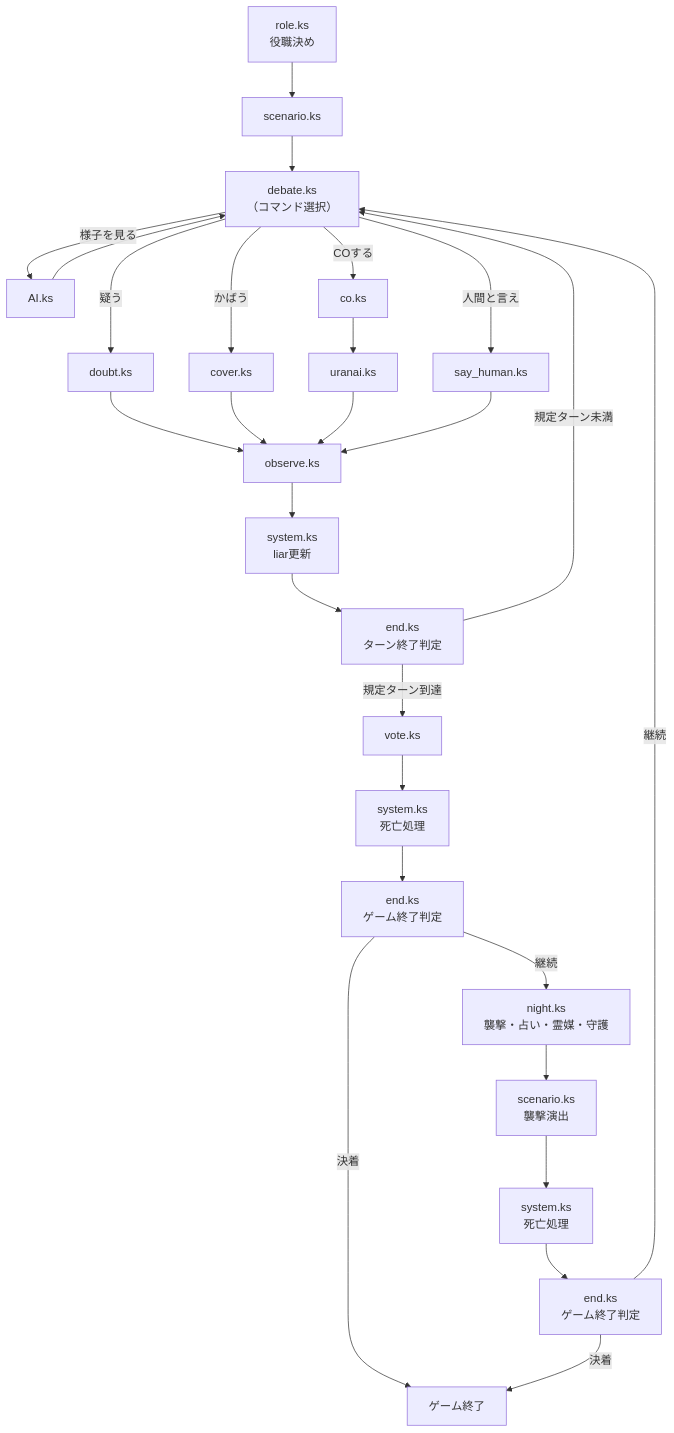
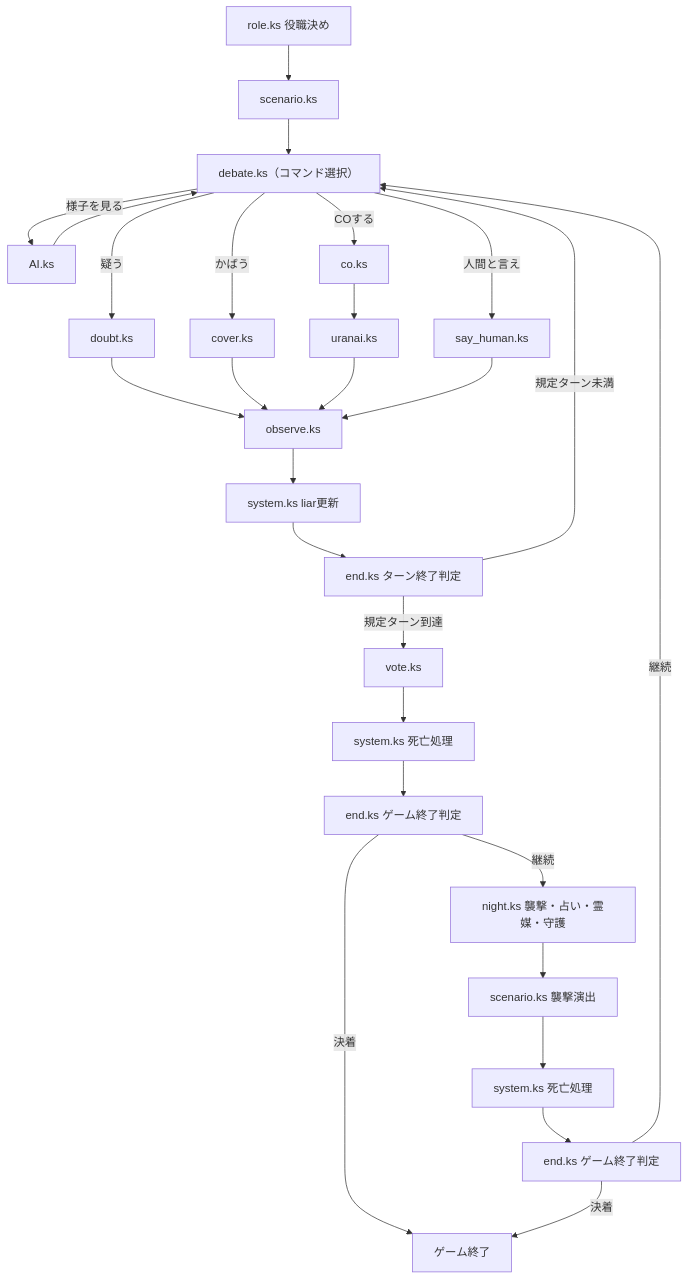
Before and after one commit to bug-slayers-N/Portfolio_JINROGAME: the second of 2 diagrams in README.md, drawn with Mermaid. The commit also changed other lines of this file, not shown here.

````diff
--- a/README.md
+++ b/README.md
@@ -236,30 +219,30 @@
 ```mermaid
 flowchart TD
-    R[role.ks<br/>役職決め] --> S[scenario.ks]
-    S --> DB["debate.ks<br/>（コマンド選択）"]
+    R[role.ks 役職決め] --> S[scenario.ks]
+    S --> DB["debate.ks（コマンド選択）"]
     DB -->|疑う| Doubt[doubt.ks]
     DB -->|かばう| Cover[cover.ks]
     DB -->|様子を見る| AI[AI.ks] --> DB
     DB -->|COする| CO[co.ks] --> Uranai[uranai.ks]
     DB -->|人間と言え| Human[say_human.ks]
 
     Doubt --> OB[observe.ks]
     Cover --> OB
     Uranai --> OB
     Human --> OB
 
-    OB --> SYS[system.ks<br/>liar更新]
-    SYS --> END1[end.ks<br/>ターン終了判定]
+    OB --> SYS[system.ks liar更新]
+    SYS --> END1[end.ks ターン終了判定]
     END1 -->|規定ターン未満| DB
     END1 -->|規定ターン到達| VOTE[vote.ks]
 
-    VOTE --> SYS2[system.ks<br/>死亡処理]
-    SYS2 --> END2[end.ks<br/>ゲーム終了判定]
+    VOTE --> SYS2[system.ks 死亡処理]
+    SYS2 --> END2[end.ks ゲーム終了判定]
     END2 -->|決着| GameEnd[ゲーム終了]
-    END2 -->|継続| NIGHT[night.ks<br/>襲撃・占い・霊媒・守護]
-    NIGHT --> SC2[scenario.ks<br/>襲撃演出]
-    SC2 --> SYS3[system.ks<br/>死亡処理]
-    SYS3 --> END3[end.ks<br/>ゲーム終了判定]
+    END2 -->|継続| NIGHT[night.ks 襲撃・占い・霊媒・守護]
+    NIGHT --> SC2[scenario.ks 襲撃演出]
+    SC2 --> SYS3[system.ks 死亡処理]
+    SYS3 --> END3[end.ks ゲーム終了判定]
     END3 -->|決着| GameEnd
     END3 -->|継続| DB
 ```
````
